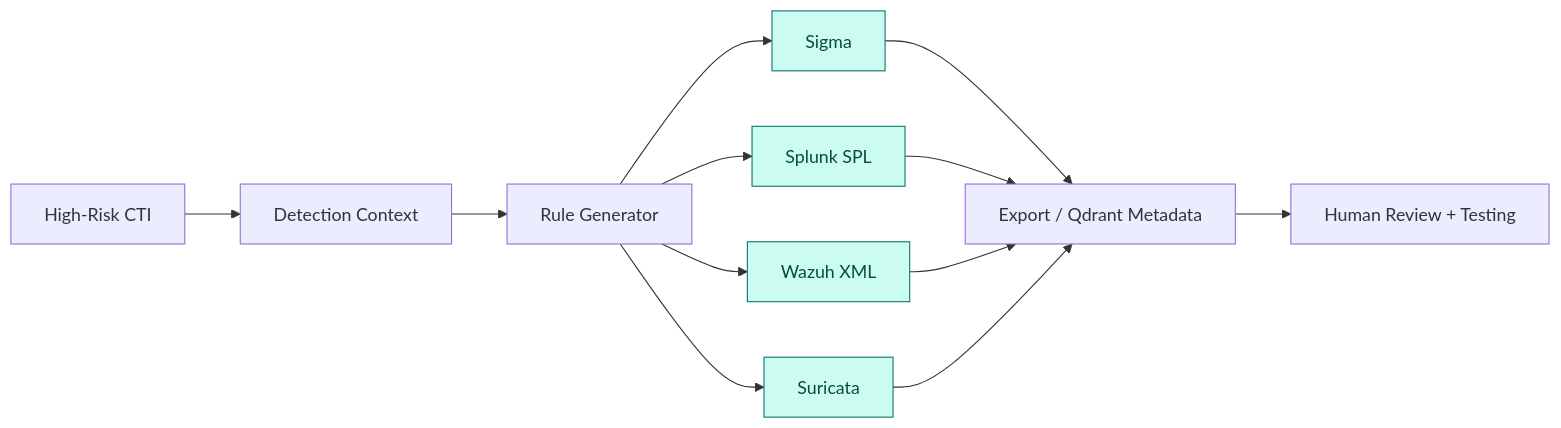
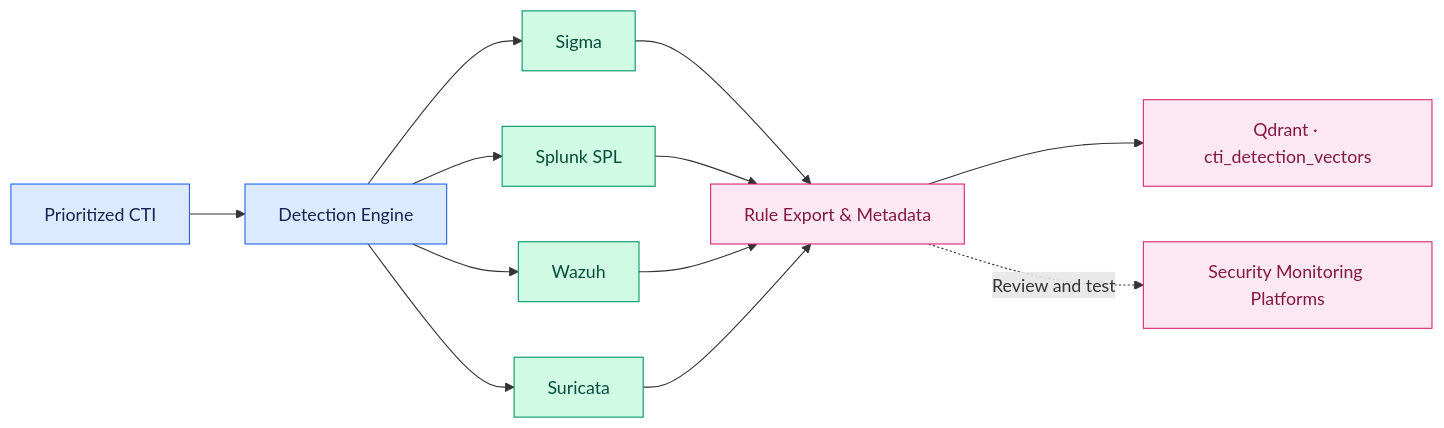
Before and after one commit to aminemaouhoub1312/ShadowScope-AM: the third of 3 diagrams in README.md, drawn with Mermaid. The commit also changed other lines of this file, not shown here.

````diff
--- a/README.md
+++ b/README.md
@@ -580,15 +461,20 @@
 ```mermaid
 flowchart LR
-  A["High-Risk CTI"] --> B["Detection Context"] --> C["Rule Generator"]
-  C --> S["Sigma"]
-  C --> P["Splunk SPL"]
-  C --> W["Wazuh XML"]
-  C --> N["Suricata"]
-  S --> D["Export / Qdrant Metadata"]
-  P --> D
-  W --> D
-  N --> D
-  D --> R["Human Review + Testing"]
-  classDef output fill:#CCFBF1,stroke:#0F766E,color:#064E3B;
-  class S,P,W,N output;
+    A["Prioritized CTI"] --> B["Detection Engine"]
+    B --> C["Sigma"]
+    B --> D["Splunk SPL"]
+    B --> E["Wazuh"]
+    B --> F["Suricata"]
+    C --> G["Rule Export & Metadata"]
+    D --> G
+    E --> G
+    F --> G
+    G --> H["Qdrant · cti_detection_vectors"]
+    G -. "Review and test" .-> I["Security Monitoring Platforms"]
+    classDef input fill:#DBEAFE,stroke:#2563EB,color:#172554;
+    classDef rule fill:#D1FAE5,stroke:#059669,color:#064E3B;
+    classDef output fill:#FCE7F3,stroke:#DB2777,color:#831843;
+    class A,B input;
+    class C,D,E,F rule;
+    class G,H,I output;
 ```
````
